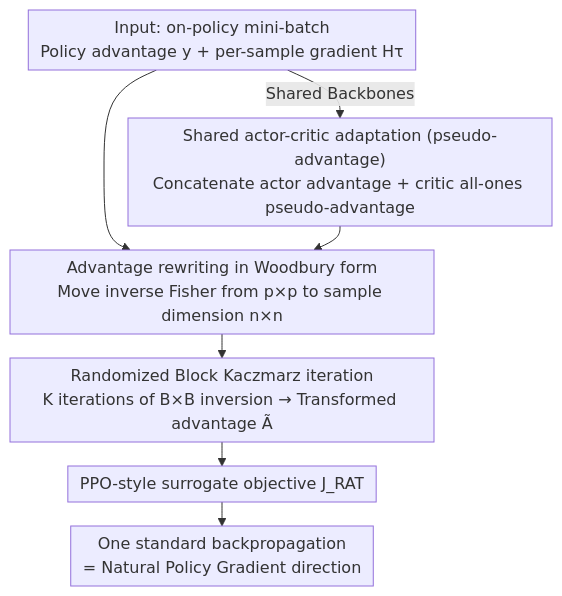
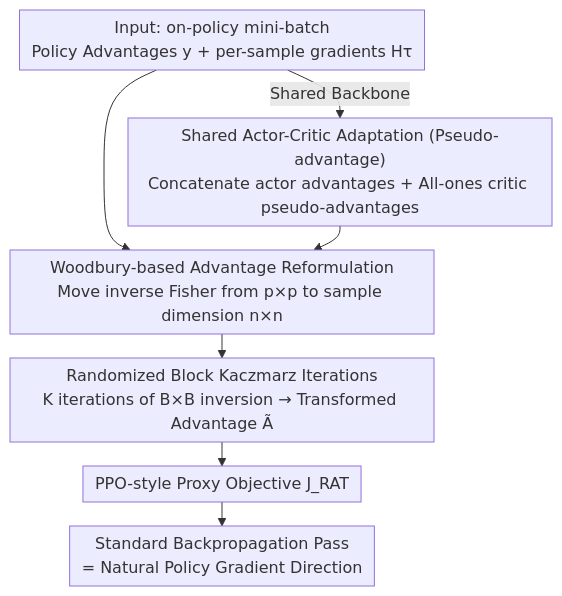
One commit to zhaoyang97/Paper-Notes-en changed the diagram in docs/ICML2026/reinforcement_learning/randomized_advantage_transformation_rat_computing_natural_policy_gradients_via_d.md. Above: the diagram before and after it, drawn with Mermaid. The commit also changed other lines of this file and 5084 other files, not shown here.

````diff
--- a/docs/ICML2026/reinforcement_learning/randomized_advantage_transformation_rat_computing_natural_policy_gradients_via_d.md
+++ b/docs/ICML2026/reinforcement_learning/randomized_advantage_transformation_rat_computing_natural_policy_gradients_via_d.md
@@ -51,11 +51,11 @@
 ```mermaid
 %%{init: {'flowchart': {'rankSpacing': 24, 'nodeSpacing': 28, 'padding': 6, 'wrappingWidth': 400}}}%%
 flowchart TD
-    A["Input: on-policy mini-batch<br/>Policy advantage y + per-sample gradient Hτ"]
-    A -->|Shared Backbones| D["Shared actor-critic adaptation (pseudo-advantage)<br/>Concatenate actor advantage + critic all-ones pseudo-advantage"]
-    A --> B["Advantage rewriting in Woodbury form<br/>Move inverse Fisher from p×p to sample dimension n×n"]
+    A["Input: on-policy mini-batch<br/>Policy Advantages y + per-sample gradients Hτ"]
+    A -->|Shared Backbone| D["Shared Actor-Critic Adaptation (Pseudo-advantage)<br/>Concatenate actor advantages + All-ones critic pseudo-advantages"]
+    A --> B["Woodbury-based Advantage Reformulation<br/>Move inverse Fisher from p×p to sample dimension n×n"]
     D --> B
-    B --> C["Randomized Block Kaczmarz iteration<br/>K iterations of B×B inversion → Transformed advantage Ã"]
-    C --> E["PPO-style surrogate objective J_RAT"]
-    E --> F["One standard backpropagation<br/>= Natural Policy Gradient direction"]
+    B --> C["Randomized Block Kaczmarz Iterations<br/>K iterations of B×B inversion → Transformed Advantage Ã"]
+    C --> E["PPO-style Proxy Objective J_RAT"]
+    E --> F["Standard Backpropagation Pass<br/>= Natural Policy Gradient Direction"]
 ```
````
